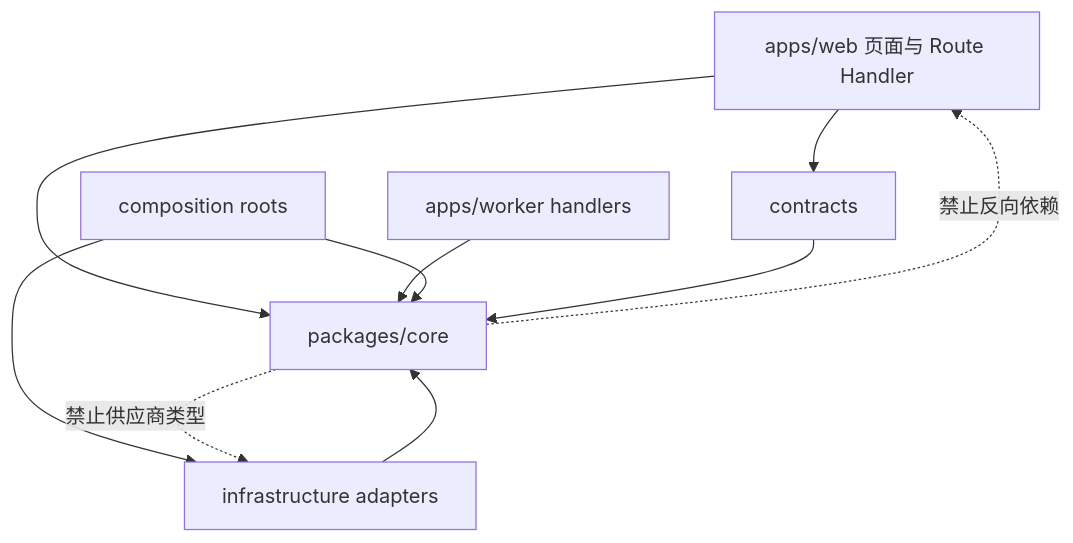
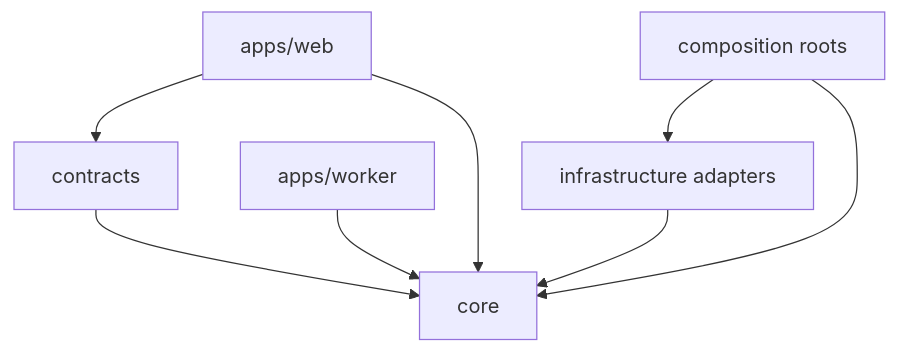
One commit to siruimei07/Course-Flow changed the second of 2 diagrams in docs/architecture/README.md. Above: the diagram before and after it, drawn with Mermaid. The commit also changed other lines of this file and 81 other files, not shown here.

````diff
--- a/docs/architecture/README.md
+++ b/docs/architecture/README.md
@@ -129,12 +76,10 @@
 ```mermaid
 flowchart TD
-    UI["apps/web 页面与 Route Handler"] --> CT["contracts"]
-    UI --> CORE["packages/core"]
-    WK["apps/worker handlers"] --> CORE
+    UI["apps/web"] --> CT["contracts"]
+    UI --> CORE["core"]
+    WK["apps/worker"] --> CORE
     COMP["composition roots"] --> INFRA["infrastructure adapters"]
     COMP --> CORE
     INFRA --> CORE
     CT --> CORE
-    CORE -.->|"禁止反向依赖"| UI
-    CORE -.->|"禁止供应商类型"| INFRA
 ```
````
